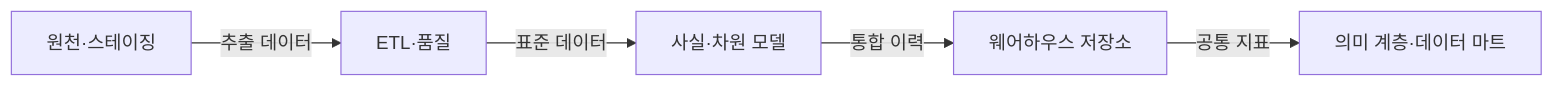
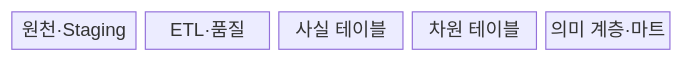
The first of 2 diagrams in src/content/docs/notes/03-software/124_data_warehouse.md (agnusdei1207/knowledge-base), drawn with Mermaid before and after one commit. The commit also changed other lines of this file and 20 other files, not shown here.

````diff
--- a/src/content/docs/notes/03-software/124_data_warehouse.md
+++ b/src/content/docs/notes/03-software/124_data_warehouse.md
@@ -61,7 +57,9 @@
 ```mermaid
-flowchart LR
-    S[원천·스테이징] -->|추출 데이터| E[ETL·품질]
-    E -->|표준 데이터| F[사실·차원 모델]
-    F -->|통합 이력| W[웨어하우스 저장소]
-    W -->|공통 지표| M[의미 계층·데이터 마트]
+block
+  columns 5
+  S["원천·Staging"]
+  E["ETL·품질"]
+  F["사실 테이블"]
+  D["차원 테이블"]
+  M["의미 계층·마트"]
 ```
````
